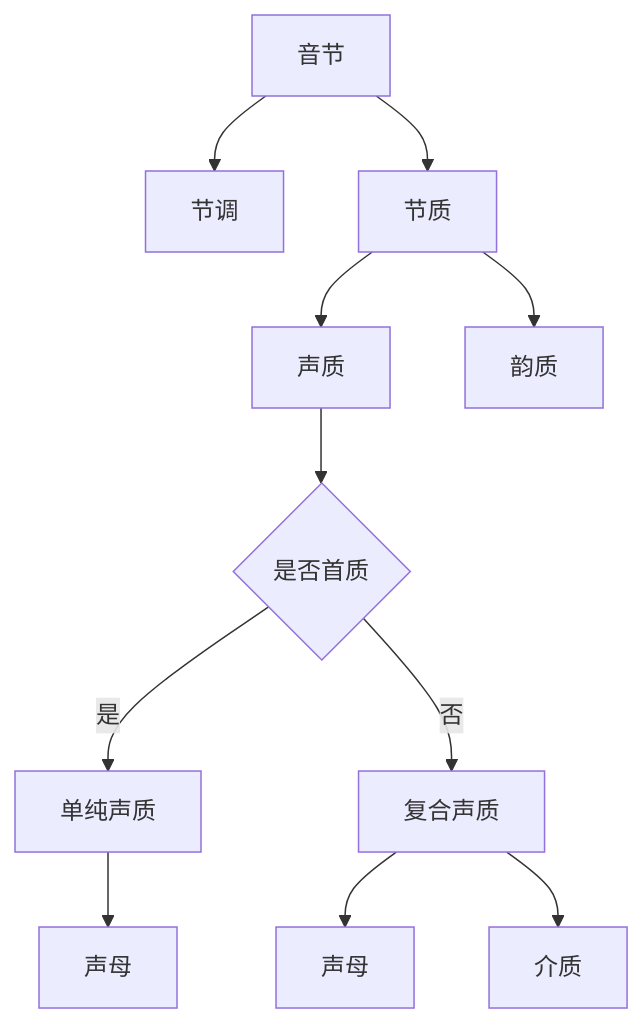
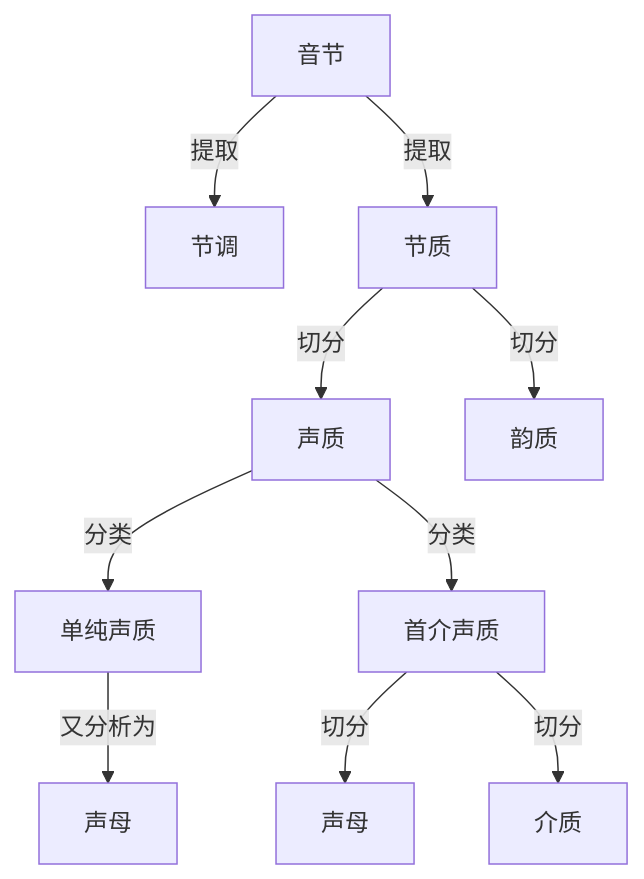
One commit to tsaanghwang/Yime-prototype changed the diagram in YIME_Theory/flowchart/一式一调三质分析.mmd. Above: the diagram before and after it, drawn with Mermaid. The commit also changed 9 other files, not shown here.

```diff
--- a/YIME_Theory/flowchart/一式一调三质分析.mmd
+++ b/YIME_Theory/flowchart/一式一调三质分析.mmd
@@ -1,11 +1,13 @@
+
+
+
 graph TB
-    A[音节] --> B[节调]
-    A --> C[节质]
-    C --> D[声质]
-    C --> E[韵质]
-    D --> F{是否首质}
-    F --> |是|G[单纯声质]
-    F --> |否|H[复合声质]
-    G --> I[声母]
-    H --> J[声母]
-    H -->K[介质]
+    A[音节] --> |提取|B[节调]
+    A --> |提取|C[节质]
+    C --> |切分|D[声质]
+    C --> |切分|E[韵质]
+    D --> |分类|F[单纯声质]
+    D --> |分类|G[首介声质]
+    F --> |又分析为|H[声母]
+    G --> |切分|I[声母]
+    G --> |切分|J[介质]
```
